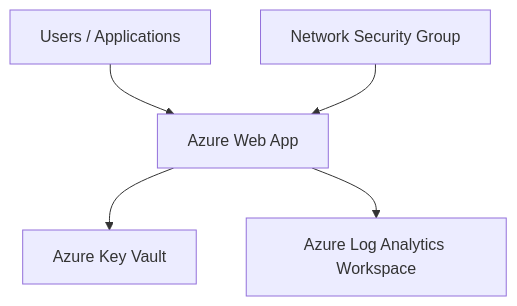
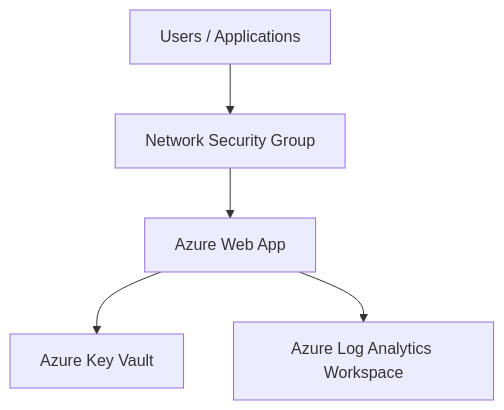
One commit to adrianoalves-cwb/terraform-azure-webapp-keyvault-loganalytics-nsg changed the diagram in README.md. Above: the diagram before and after it, drawn with Mermaid.

Commit message:
Fixing the Architecture Overview

````diff
--- a/README.md
+++ b/README.md
@@ -11,9 +11,8 @@
 ```mermaid
 graph TD
-    User[Users / Applications] --> WebApp[Azure Web App]
+    User[Users / Applications] --> NSG[Network Security Group]
+    NSG --> WebApp[Azure Web App]
 
     WebApp --> KeyVault[Azure Key Vault]
     WebApp --> LogAnalytics[Azure Log Analytics Workspace]
-
-    NSG[Network Security Group] --> WebApp
 ```
````
